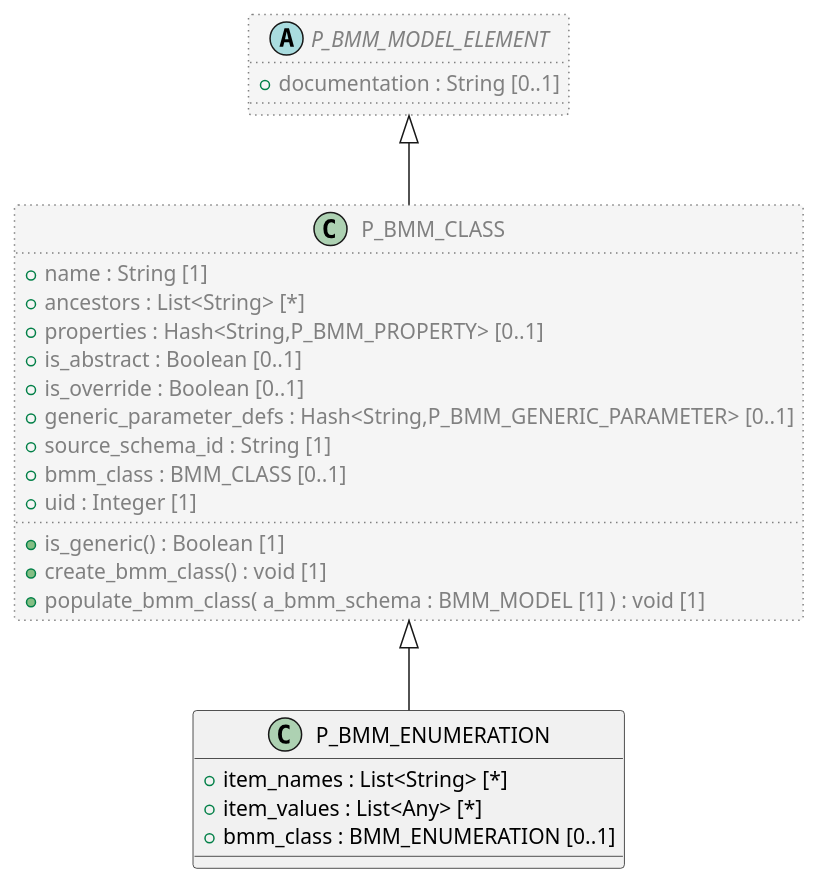
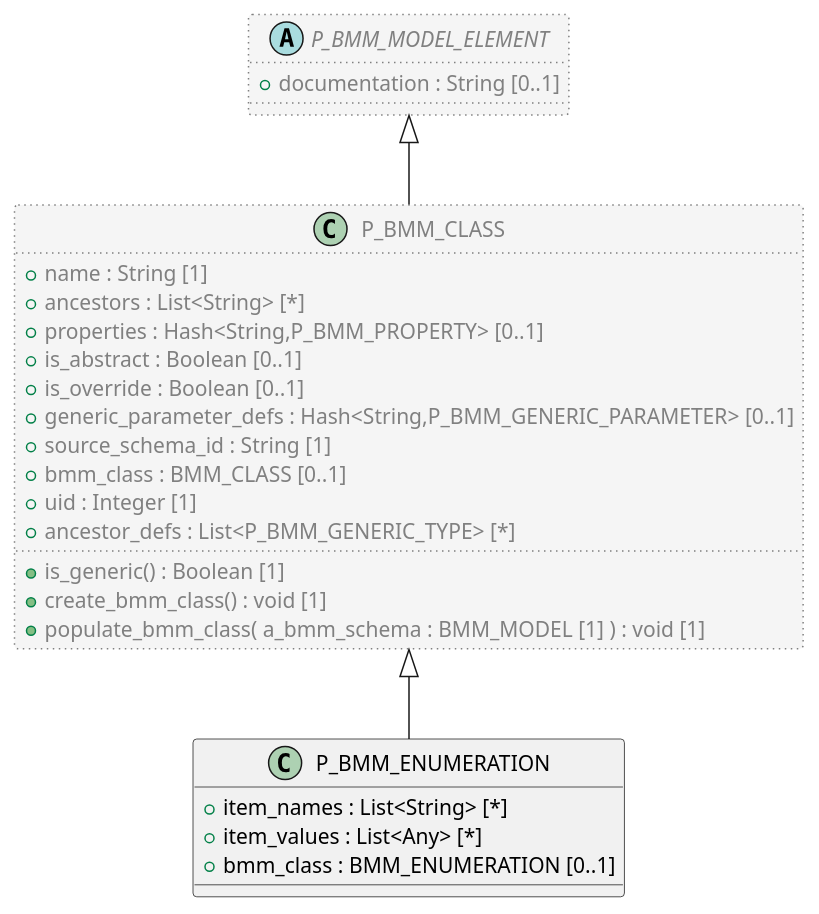
Before and after one commit to sebastian-iancu/code-generator: the diagram in code/Adoc/openehr_lang_1.0.0/plantUML/classes/org.openehr.lang.bmm_persistence.p_bmm_enumeration.adoc, drawn with PlantUML. The commit also changed 719 other files, not shown here.

```diff
--- a/code/Adoc/openehr_lang_1.0.0/plantUML/classes/org.openehr.lang.bmm_persistence.p_bmm_enumeration.adoc
+++ b/code/Adoc/openehr_lang_1.0.0/plantUML/classes/org.openehr.lang.bmm_persistence.p_bmm_enumeration.adoc
@@ -1,36 +1,37 @@
 [plantuml,P_BMM_ENUMERATION,format=svg,svg-type="inline"]
 -----
 @startuml
 
 class P_BMM_ENUMERATION {
   + item_names : List<String> [*]
   + item_values : List<Any> [*]
   + bmm_class : BMM_ENUMERATION [0..1]
 }
 
 class P_BMM_CLASS  #whitesmoke;line:gray;line.dotted;text:gray {
   + name : String [1]
   + ancestors : List<String> [*]
   + properties : Hash<String,P_BMM_PROPERTY> [0..1]
   + is_abstract : Boolean [0..1]
   + is_override : Boolean [0..1]
   + generic_parameter_defs : Hash<String,P_BMM_GENERIC_PARAMETER> [0..1]
   + source_schema_id : String [1]
   + bmm_class : BMM_CLASS [0..1]
   + uid : Integer [1]
+  + ancestor_defs : List<P_BMM_GENERIC_TYPE> [*]
   + is_generic() : Boolean [1]
   + create_bmm_class() : void [1]
   + populate_bmm_class( a_bmm_schema : BMM_MODEL [1] ) : void [1]
 }
 
 abstract class P_BMM_MODEL_ELEMENT  #whitesmoke;line:gray;line.dotted;text:gray {
   + documentation : String [0..1]
 }
 
 P_BMM_MODEL_ELEMENT <|-- P_BMM_CLASS
 
 P_BMM_CLASS <|-- P_BMM_ENUMERATION
 
 
 @enduml
 -----
```
